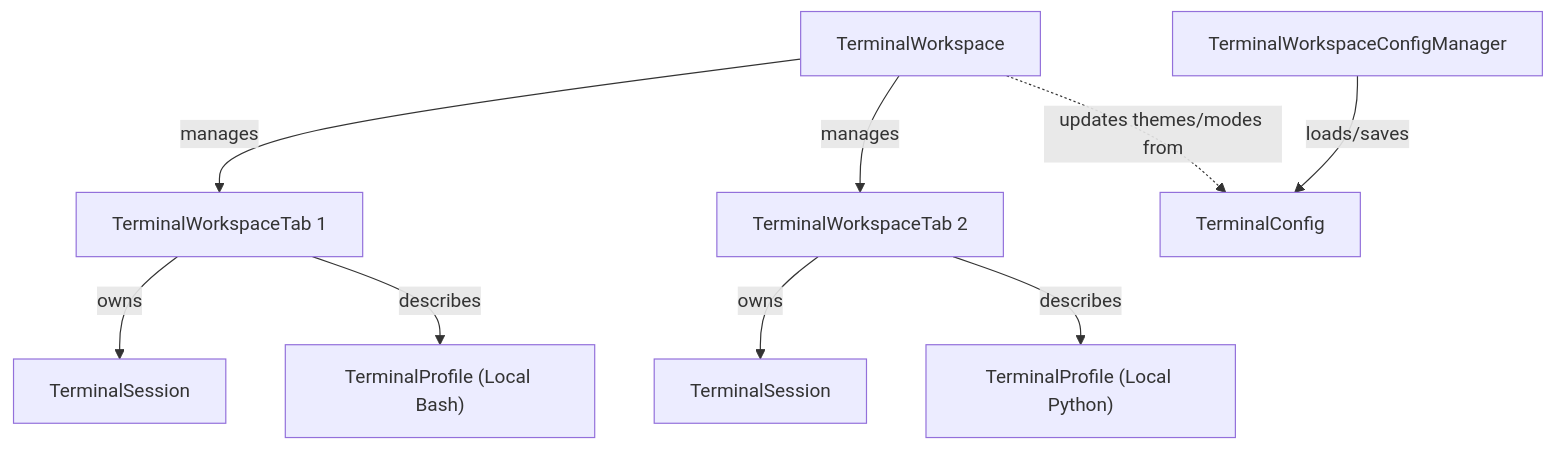
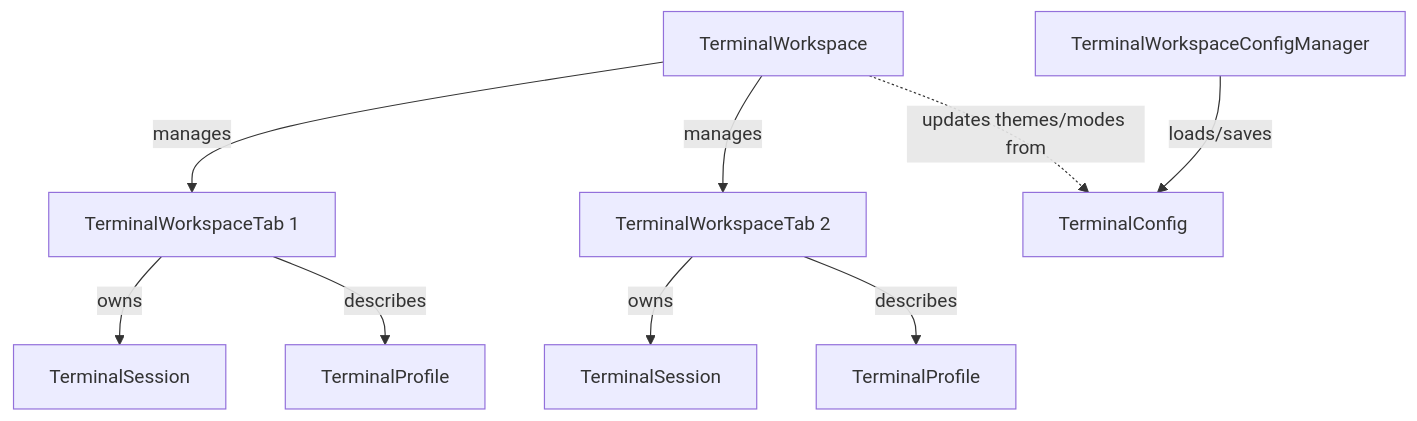
Before and after one commit to ketraterm/KetraTerm: the diagram in jvterm-workspace/README.md, drawn with Mermaid. The commit also changed other lines of this file and 29 other files, not shown here.

````diff
--- a/jvterm-workspace/README.md
+++ b/jvterm-workspace/README.md
@@ -22,14 +22,14 @@
 ```mermaid
 graph TD
     Workspace["TerminalWorkspace"] -->|manages| Tab1["TerminalWorkspaceTab 1"]
     Workspace -->|manages| Tab2["TerminalWorkspaceTab 2"]
     
     Tab1 -->|owns| Session1["TerminalSession"]
-    Tab1 -->|describes| Profile1["TerminalProfile (Local Bash)"]
+    Tab1 -->|describes| Profile1["TerminalProfile"]
     
     Tab2 -->|owns| Session2["TerminalSession"]
-    Tab2 -->|describes| Profile2["TerminalProfile (Local Python)"]
+    Tab2 -->|describes| Profile2["TerminalProfile"]
 
     ConfigManager["TerminalWorkspaceConfigManager"] -->|loads/saves| Config["TerminalConfig"]
     Workspace -.->|updates themes/modes from| Config
 ```
````
